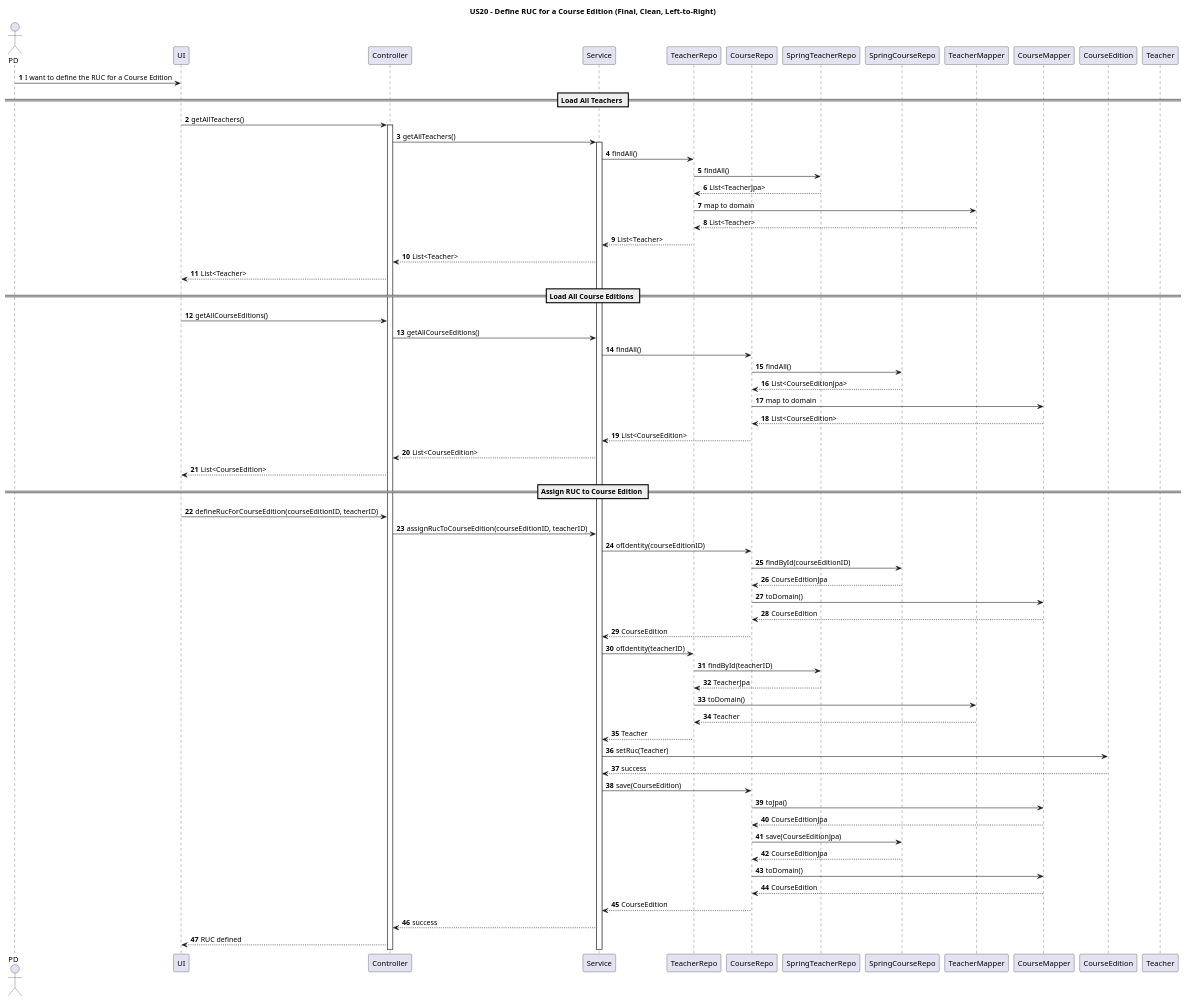
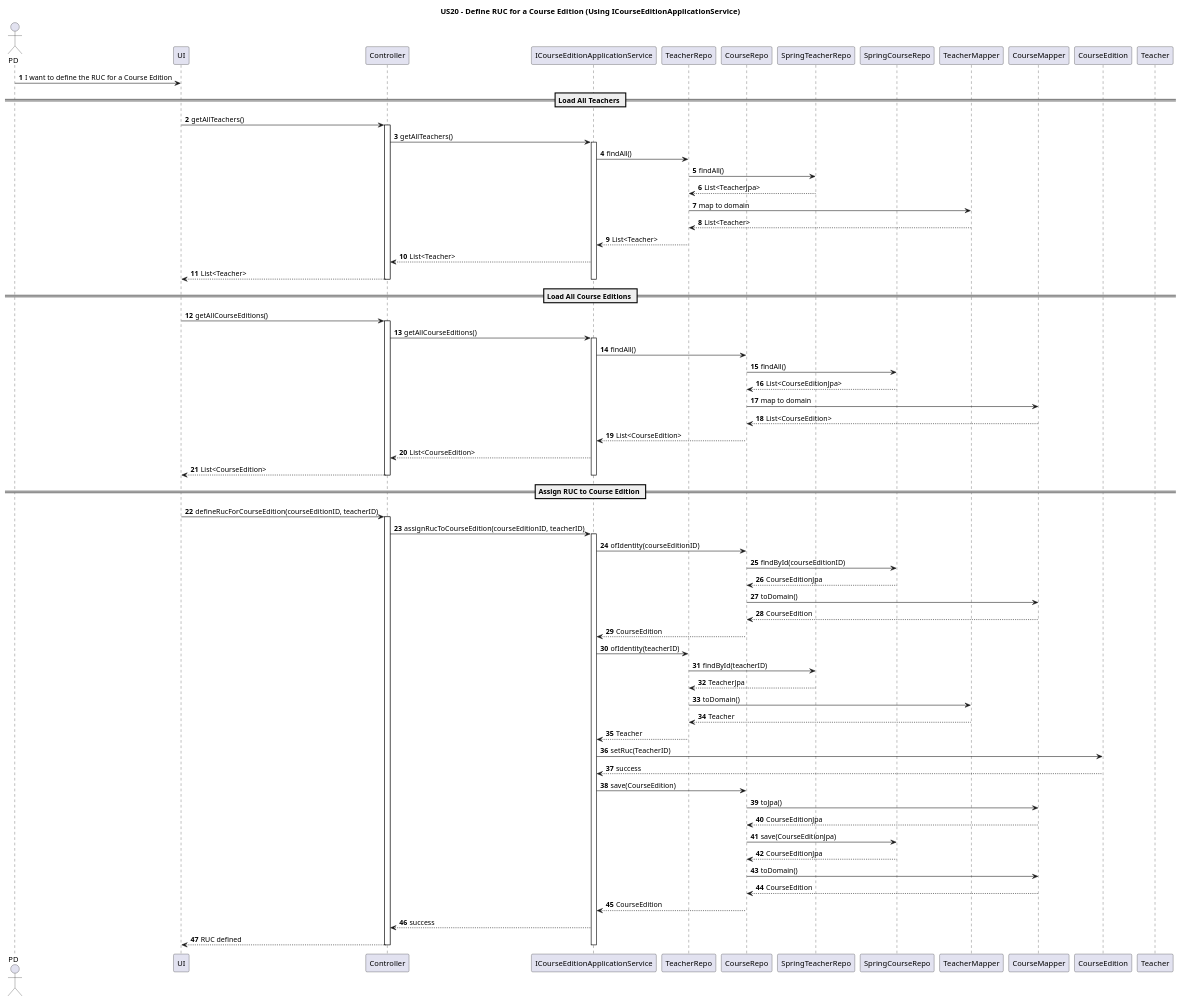
Before and after one commit to GasparISEP/DevOps-PAI: the diagram in docs/US20/US20_DefineRucForCourseEdition_SequenceDiagram_SpringDataJPA.puml, drawn with PlantUML.

Commit message:
update DefineRucForACourseEdition_SequenceDiagram_SpringDataJPA (Issue #304)

```diff
--- a/docs/US20/US20_DefineRucForCourseEdition_SequenceDiagram_SpringDataJPA.puml
+++ b/docs/US20/US20_DefineRucForCourseEdition_SequenceDiagram_SpringDataJPA.puml
@@ -1,78 +1,90 @@
 @startuml
 
 autonumber
 
-title US20 - Define RUC for a Course Edition (Final, Clean, Left-to-Right)
+title US20 - Define RUC for a Course Edition (Using ICourseEditionApplicationService)
 
 actor PD
 participant UI
 participant Controller
-participant Service
+participant ICourseEditionApplicationService as Service
 participant TeacherRepo
 participant CourseRepo
 participant SpringTeacherRepo
 participant SpringCourseRepo
 participant TeacherMapper
 participant CourseMapper
 participant CourseEdition
 participant Teacher
 
 PD -> UI : I want to define the RUC for a Course Edition
 
 == Load All Teachers ==
 UI -> Controller : getAllTeachers()
 activate Controller
 Controller -> Service : getAllTeachers()
 activate Service
 Service -> TeacherRepo : findAll()
 TeacherRepo -> SpringTeacherRepo : findAll()
 SpringTeacherRepo --> TeacherRepo : List<TeacherJpa>
 TeacherRepo -> TeacherMapper : map to domain
 TeacherMapper --> TeacherRepo : List<Teacher>
 TeacherRepo --> Service : List<Teacher>
 Service --> Controller : List<Teacher>
 Controller --> UI : List<Teacher>
+deactivate Service
+deactivate Controller
 
 == Load All Course Editions ==
 UI -> Controller : getAllCourseEditions()
+activate Controller
 Controller -> Service : getAllCourseEditions()
+activate Service
 Service -> CourseRepo : findAll()
 CourseRepo -> SpringCourseRepo : findAll()
 SpringCourseRepo --> CourseRepo : List<CourseEditionJpa>
 CourseRepo -> CourseMapper : map to domain
 CourseMapper --> CourseRepo : List<CourseEdition>
 CourseRepo --> Service : List<CourseEdition>
 Service --> Controller : List<CourseEdition>
 Controller --> UI : List<CourseEdition>
+deactivate Service
+deactivate Controller
 
 == Assign RUC to Course Edition ==
 UI -> Controller : defineRucForCourseEdition(courseEditionID, teacherID)
+activate Controller
 Controller -> Service : assignRucToCourseEdition(courseEditionID, teacherID)
+activate Service
+
 Service -> CourseRepo : ofIdentity(courseEditionID)
 CourseRepo -> SpringCourseRepo : findById(courseEditionID)
 SpringCourseRepo --> CourseRepo : CourseEditionJpa
 CourseRepo -> CourseMapper : toDomain()
 CourseMapper --> CourseRepo : CourseEdition
 CourseRepo --> Service : CourseEdition
 
 Service -> TeacherRepo : ofIdentity(teacherID)
 TeacherRepo -> SpringTeacherRepo : findById(teacherID)
 SpringTeacherRepo --> TeacherRepo : TeacherJpa
 TeacherRepo -> TeacherMapper : toDomain()
 TeacherMapper --> TeacherRepo : Teacher
 TeacherRepo --> Service : Teacher
 
-Service -> CourseEdition : setRuc(Teacher)
+Service -> CourseEdition : setRuc(TeacherID)
 CourseEdition --> Service : success
 Service -> CourseRepo : save(CourseEdition)
 CourseRepo -> CourseMapper : toJpa()
 CourseMapper --> CourseRepo : CourseEditionJpa
 CourseRepo -> SpringCourseRepo : save(CourseEditionJpa)
 SpringCourseRepo --> CourseRepo : CourseEditionJpa
 CourseRepo -> CourseMapper : toDomain()
 CourseMapper --> CourseRepo : CourseEdition
 CourseRepo --> Service : CourseEdition
+
 Service --> Controller : success
 Controller --> UI : RUC defined
+deactivate Service
+deactivate Controller
 
 @enduml
```
